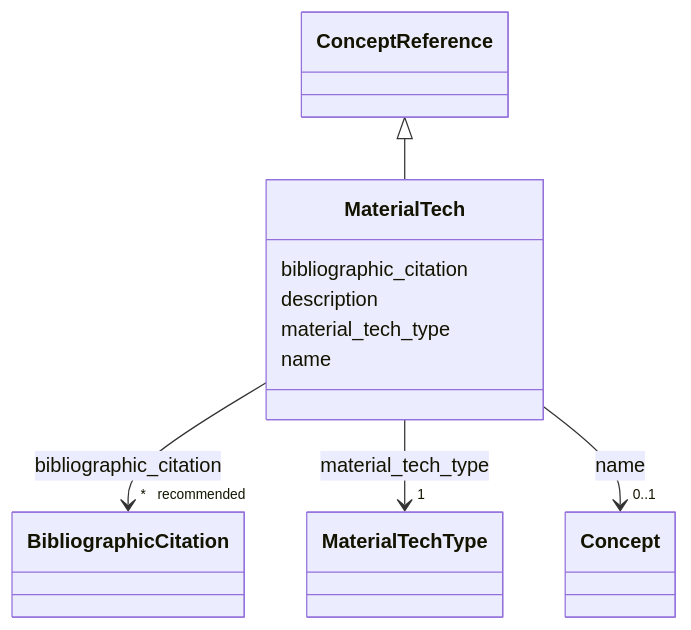
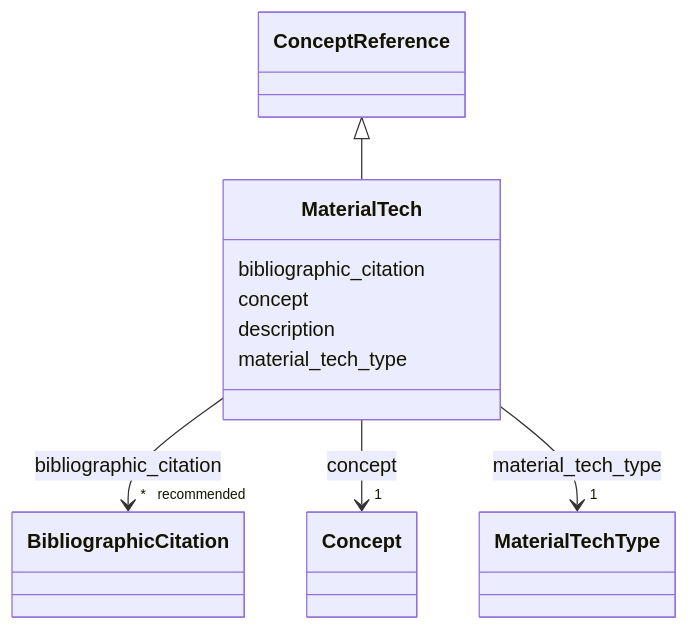
The diagram in docs/MaterialTech.md (arqtrad/schema), drawn with Mermaid before and after one commit. The commit also changed other lines of this file and 215 other files, not shown here.

````diff
--- a/docs/MaterialTech.md
+++ b/docs/MaterialTech.md
@@ -25,44 +25,44 @@
 ```mermaid
  classDiagram
     class MaterialTech
     click MaterialTech href "../MaterialTech/"
       ConceptReference <|-- MaterialTech
         click ConceptReference href "../ConceptReference/"
-
+      
       MaterialTech : bibliographic_citation
-
-
-
-
-
+        
+          
+    
+        
+        
         MaterialTech --> "* _recommended_" BibliographicCitation : bibliographic_citation
         click BibliographicCitation href "../BibliographicCitation/"
+    
 
+        
+      MaterialTech : concept
+        
+          
+    
+        
+        
+        MaterialTech --> "1" Concept : concept
+        click Concept href "../Concept/"
+    
 
-
+        
       MaterialTech : description
-
+        
       MaterialTech : material_tech_type
-
-
-
-
-
+        
+          
+    
+        
+        
         MaterialTech --> "1" MaterialTechType : material_tech_type
         click MaterialTechType href "../MaterialTechType/"
+    
 
-
-
-      MaterialTech : name
-
-
-
-
-
-        MaterialTech --> "0..1" Concept : name
-        click Concept href "../Concept/"
-
-
-
-
+        
+      
 ```
````
